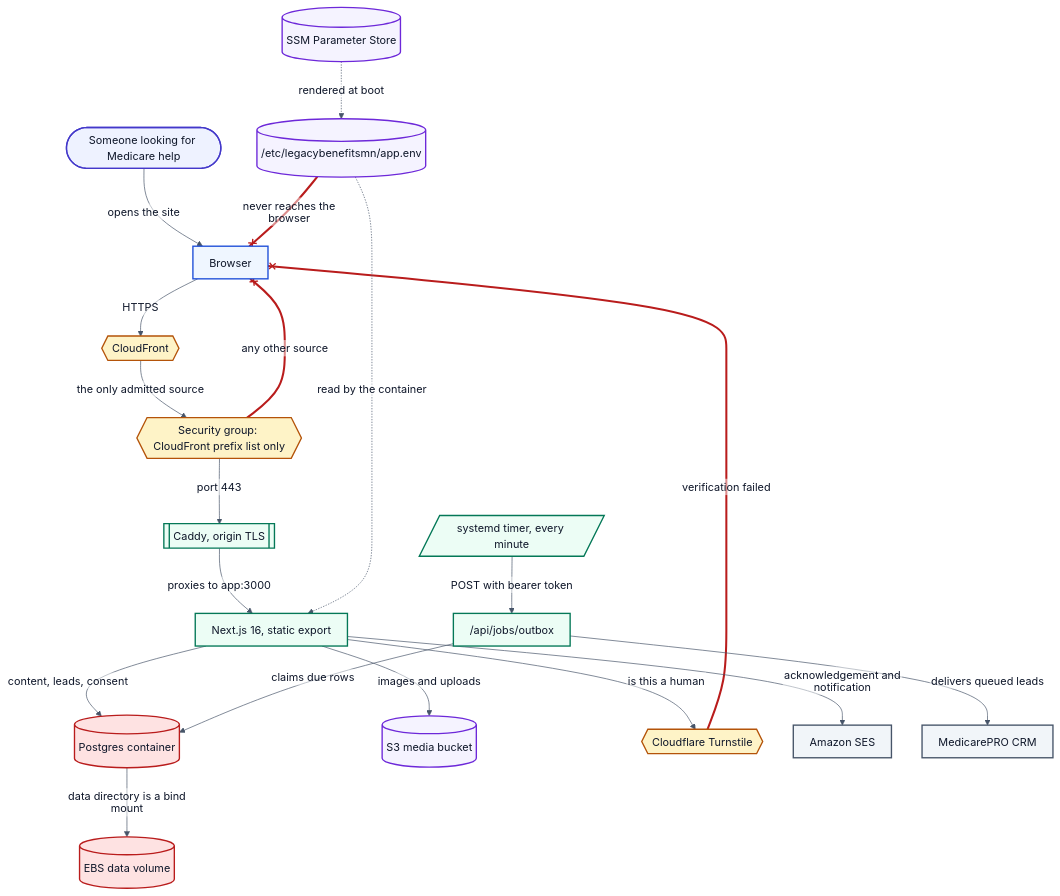
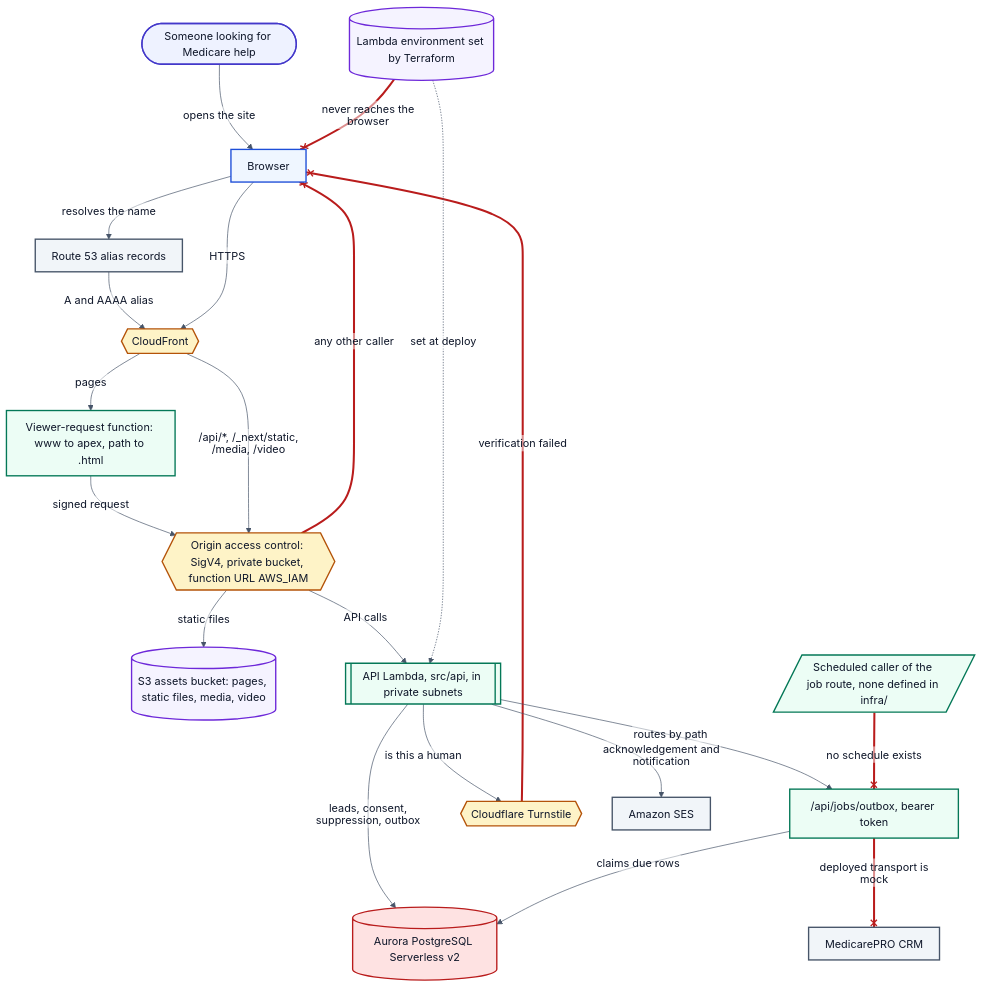
One commit to marc-mccarthy/legacy-benefits-mn changed the second of 8 diagrams in docs/diagrams/SOURCES.md. Above: the diagram before and after it, drawn with Mermaid. The commit also changed other lines of this file and 10 other files, not shown here.

Commit message:
docs: redraw diagrams against the current infra and code

````diff
--- a/docs/diagrams/SOURCES.md
+++ b/docs/diagrams/SOURCES.md
@@ -89,76 +89,80 @@
 ```mermaid
 %%{init: {"theme":"base","themeVariables":{"fontFamily":"Helvetica Neue, Helvetica, Arial, sans-serif","fontSize":"16px","textColor":"#0F172A","background":"#FFFFFF","lineColor":"#475569","mainBkg":"#EFF6FF","nodeBorder":"#1D4ED8","primaryColor":"#EFF6FF","primaryBorderColor":"#1D4ED8","primaryTextColor":"#0F172A","secondaryColor":"#F1F5F9","secondaryBorderColor":"#475569","secondaryTextColor":"#0F172A","tertiaryColor":"#F8FAFC","tertiaryBorderColor":"#CBD5E1","tertiaryTextColor":"#0F172A","clusterBkg":"#F8FAFC","clusterBorder":"#CBD5E1","edgeLabelBackground":"#FFFFFF","actorBkg":"#EEF2FF","actorBorder":"#4338CA","actorTextColor":"#0F172A","signalColor":"#475569","signalTextColor":"#0F172A","noteBkgColor":"#FEF3C7","noteBorderColor":"#B45309","noteTextColor":"#0F172A","activationBkgColor":"#ECFDF5","activationBorderColor":"#047857","labelBoxBkgColor":"#FEF3C7","labelBoxBorderColor":"#B45309","sequenceNumberColor":"#FFFFFF"},"flowchart":{"htmlLabels":false,"curve":"basis","nodeSpacing":45,"rankSpacing":60,"padding":12},"sequence":{"useMaxWidth":false,"htmlLabels":false,"mirrorActors":false,"wrap":true,"width":190}}}%%
 flowchart TB
 accTitle: How a visitor reaches the site and where their answer comes from
 accDescr {
   A top-to-bottom map of one visit. Someone looking for Medicare help opens the
-  site in a browser. The request arrives at CloudFront, which is the only way in:
-  the instance security group admits CloudFront's managed prefix list and nothing
-  else, so the public address cannot be dialled directly. CloudFront forwards to
-  Caddy on the single instance, which terminates origin TLS using a certificate it
-  renews over DNS-01, and proxies inward to the Next.js application container.
-  The application renders content authored in src/content and writes lead, Scope
-  of Appointment and do-not-contact records to the Postgres container, whose
-  data directory is a bind mount on a separate EBS volume that outlives the
-  instance. Images are served from an S3 bucket. Three outbound dependencies sit
-  to the side: Cloudflare Turnstile verifies that a form submitter is human, SES
-  sends the acknowledgement and the agency notification, and the MedicarePRO CRM
-  receives leads. The CRM is never called during the visitor's request; a host
-  timer posts to a local job route once a minute and that is what delivers. Every
-  secret the application needs is rendered from SSM Parameter Store into a file on
-  the box at boot, and none of it is reachable from the browser.
+  site in a browser. The name resolves through Route 53 to CloudFront, which is the
+  only way in. A viewer-request function redirects www to the apex host and maps a
+  path such as /services to /services.html. Pages, /_next/static, /media and /video
+  are read from a private S3 bucket; /api/* goes to the API Lambda function URL
+  with caching disabled. Both origins sit behind origin access control: requests are
+  signed with SigV4, the bucket policy admits only this distribution, and the
+  function URL uses AWS_IAM authorization, so neither can be called directly. The
+  API Lambda runs in private subnets and talks to Aurora PostgreSQL Serverless v2,
+  whose security group admits only the Lambda's security group on 5432. It writes
+  lead, Scope of Appointment and do-not-contact records there. Two outbound
+  dependencies sit to the side: Cloudflare Turnstile verifies that a form submitter
+  is human, and SES sends the acknowledgement and the agency notification when a
+  sender address is configured. The MedicarePRO CRM is never called during the
+  visitor's request. The job route that would deliver to it needs a bearer token,
+  nothing in infra/ schedules a caller, and the deployed function sets
+  CRM_TRANSPORT to mock, so nothing is sent. The Lambda's environment, including
+  the database password, the PAYLOAD_SECRET salt and the job token, is generated and
+  set by Terraform and never reaches the browser.
 }
 
 visitor([Someone looking for Medicare help])
 browser[Browser]
+dns[Route 53 alias records]
 edge{{CloudFront}}
-originSg{{"Security group: CloudFront prefix list only"}}
-caddy[["Caddy, origin TLS"]]
-app["Next.js 16, static export"]
-postgres[("Postgres container")]
-ebs[("EBS data volume")]
-mediaBucket[("S3 media bucket")]
+rewrite["Viewer-request function: www to apex, path to .html"]
+oac{{"Origin access control: SigV4, private bucket, function URL AWS_IAM"}}
+bucket[("S3 assets bucket: pages, static files, media, video")]
+api[["API Lambda, src/api, in private subnets"]]
+jobRoute["/api/jobs/outbox, bearer token"]
+db[("Aurora PostgreSQL Serverless v2")]
 turnstile{{Cloudflare Turnstile}}
 ses[Amazon SES]
 crm[MedicarePRO CRM]
-timer[/"systemd timer, every minute"/]
-jobRoute["/api/jobs/outbox"]
-ssm[("SSM Parameter Store")]
-appEnv[("/etc/legacybenefitsmn/app.env")]
+trigger[/"Scheduled caller of the job route, none defined in infra/"/]
+lambdaEnv[("Lambda environment set by Terraform")]
 
 visitor -->|opens the site| browser
+browser -->|resolves the name| dns
+dns -->|A and AAAA alias| edge
 browser -->|HTTPS| edge
-edge -->|the only admitted source| originSg
-originSg -->|port 443| caddy
-originSg --x|any other source| browser
-caddy -->|proxies to app:3000| app
-app -->|content, leads, consent| postgres
-postgres -->|data directory is a bind mount| ebs
-app -->|images and uploads| mediaBucket
-app -->|is this a human| turnstile
+edge -->|pages| rewrite
+rewrite -->|signed request| oac
+edge -->|/api/*, /_next/static, /media, /video| oac
+oac -->|static files| bucket
+oac -->|API calls| api
+oac --x|any other caller| browser
+api -->|leads, consent, suppression, outbox| db
+api -->|is this a human| turnstile
 turnstile --x|verification failed| browser
-app -->|acknowledgement and notification| ses
-timer -->|POST with bearer token| jobRoute
-jobRoute -->|claims due rows| postgres
-jobRoute -->|delivers queued leads| crm
-ssm -.->|rendered at boot| appEnv
-appEnv -.->|read by the container| app
-appEnv --x|never reaches the browser| browser
+api -->|acknowledgement and notification| ses
+api -->|routes by path| jobRoute
+trigger --x|no schedule exists| jobRoute
+jobRoute -->|claims due rows| db
+jobRoute --x|deployed transport is mock| crm
+lambdaEnv -.->|set at deploy| api
+lambdaEnv --x|never reaches the browser| browser
 
 classDef human    fill:#EEF2FF,stroke:#4338CA,stroke-width:2px,color:#0F172A
 classDef client   fill:#EFF6FF,stroke:#1D4ED8,stroke-width:2px,color:#0F172A
 classDef ours     fill:#ECFDF5,stroke:#047857,stroke-width:2px,color:#0F172A
 classDef guard    fill:#FEF3C7,stroke:#B45309,stroke-width:2px,color:#0F172A
 classDef vendor   fill:#F1F5F9,stroke:#475569,stroke-width:2px,color:#0F172A
 classDef phi      fill:#FEE2E2,stroke:#B91C1C,stroke-width:2px,color:#0F172A
 classDef artifact fill:#F5F3FF,stroke:#6D28D9,stroke-width:2px,color:#0F172A
 
 class visitor human
 class browser client
-class edge,originSg,turnstile guard
-class caddy,app,jobRoute,timer ours
-class postgres,ebs phi
-class mediaBucket,ssm,appEnv artifact
-class ses,crm vendor
-linkStyle 4,10,17 stroke:#B91C1C,stroke-width:3px
+class edge,oac,turnstile guard
+class rewrite,api,jobRoute,trigger ours
+class db phi
+class bucket,lambdaEnv artifact
+class dns,ses,crm vendor
+linkStyle 9,12,15,17,19 stroke:#B91C1C,stroke-width:3px
 ```
````
